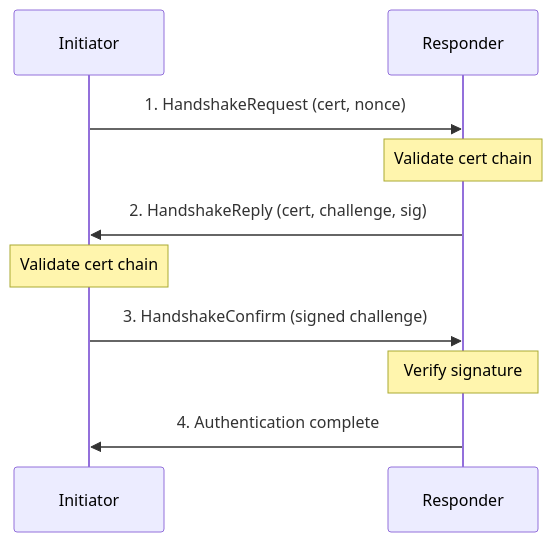
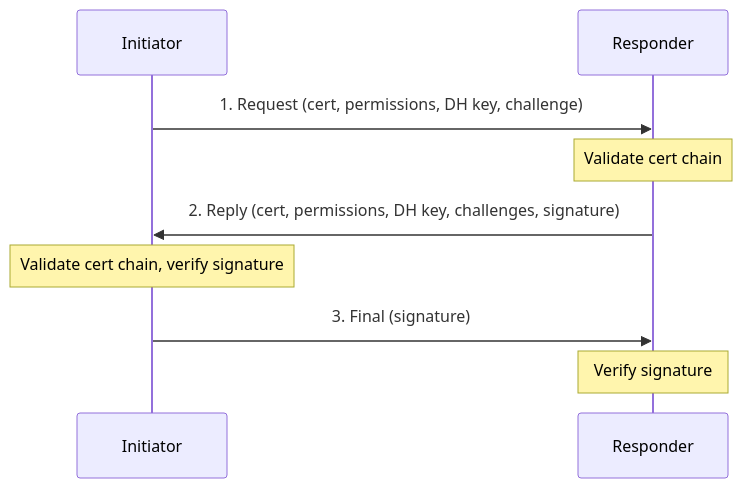
The second of 2 diagrams in docs/guides/security/authentication.md (hdds-team/hdds), drawn with Mermaid before and after one commit. The commit also changed other lines of this file and 1712 other files, not shown here.

````diff
--- a/docs/guides/security/authentication.md
+++ b/docs/guides/security/authentication.md
@@ -155,13 +160,12 @@
 ```mermaid
 sequenceDiagram
     participant I as Initiator
     participant R as Responder
 
-    I->>R: 1. HandshakeRequest (cert, nonce)
+    I->>R: 1. Request (cert, permissions, DH key, challenge)
     Note over R: Validate cert chain
-    R->>I: 2. HandshakeReply (cert, challenge, sig)
-    Note over I: Validate cert chain
-    I->>R: 3. HandshakeConfirm (signed challenge)
+    R->>I: 2. Reply (cert, permissions, DH key, challenges, signature)
+    Note over I: Validate cert chain, verify signature
+    I->>R: 3. Final (signature)
     Note over R: Verify signature
-    R->>I: 4. Authentication complete
 ```
````
